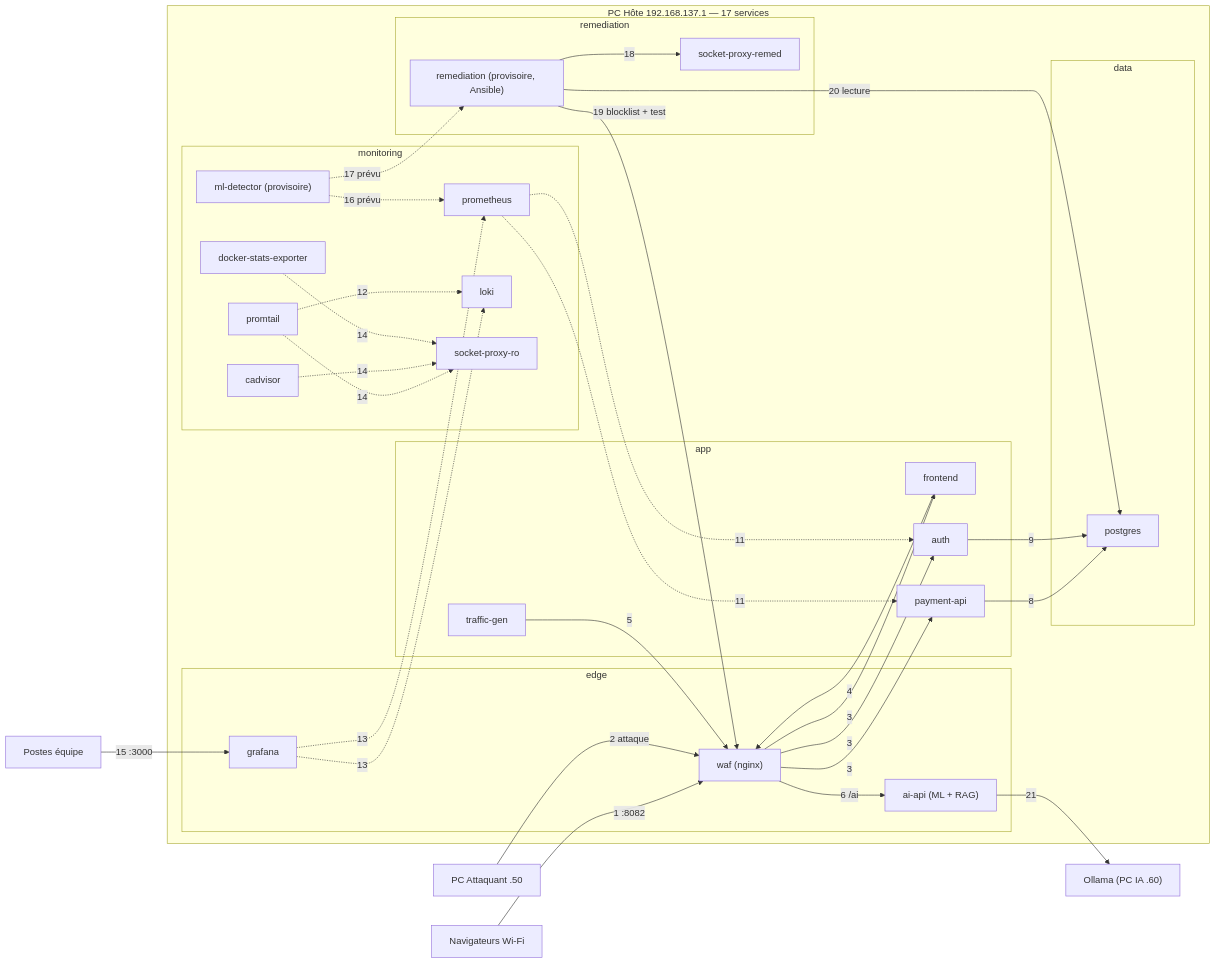
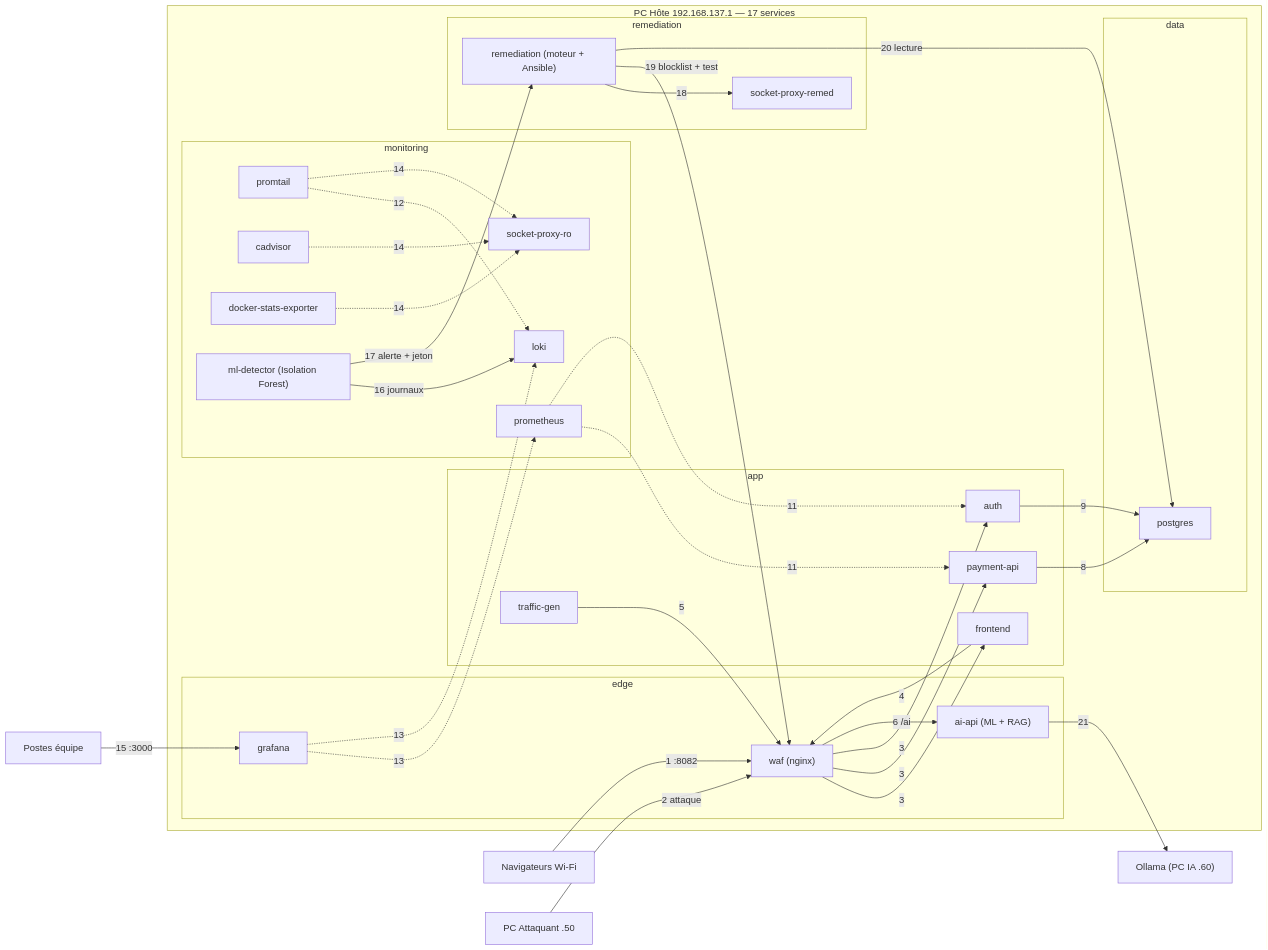
Before and after one commit to Origine0/CyberSecu-Workshop-2026-2027: the diagram in docs/gouvernance/architecture.md, drawn with Mermaid. The commit also changed other lines of this file and 4 other files, not shown here.

First line of the commit message:
docs(gouvernance): boucle de réparation automatique dans l'architecture et le dossier

````diff
--- a/docs/gouvernance/architecture.md
+++ b/docs/gouvernance/architecture.md
@@ -6,52 +6,52 @@
 ```mermaid
 flowchart LR
     NAV["Navigateurs Wi-Fi"] -->|"1 :8082"| WAF
     ATK["PC Attaquant .50"] -->|"2 attaque"| WAF
     EQ["Postes équipe"] -->|"15 :3000"| GRAF
     subgraph HOTE["PC Hôte 192.168.137.1 — 17 services"]
       subgraph edge
         WAF["waf (nginx)"]
         GRAF["grafana"]
         AI["ai-api (ML + RAG)"]
       end
       subgraph app
         FRONT["frontend"]
         PAY["payment-api"]
         AUTH["auth"]
         TG["traffic-gen"]
       end
       subgraph data
         PG["postgres"]
       end
       subgraph monitoring
         PROM["prometheus"]
         LOKI["loki"]
         PT["promtail"]
         CAD["cadvisor"]
         DSE["docker-stats-exporter"]
         SPRO["socket-proxy-ro"]
-        ML["ml-detector (provisoire)"]
+        ML["ml-detector (Isolation Forest)"]
       end
       subgraph remediation
-        REM["remediation (provisoire, Ansible)"]
+        REM["remediation (moteur + Ansible)"]
         SPRE["socket-proxy-remed"]
       end
     end
     OLL["Ollama (PC IA .60)"]
     WAF -->|"3"| FRONT & PAY & AUTH
     FRONT -->|"4"| WAF
     TG -->|"5"| WAF
     WAF -->|"6 /ai"| AI
     PAY -->|"8"| PG
     AUTH -->|"9"| PG
     PROM -.->|"11"| PAY & AUTH
     PT -.->|"12"| LOKI
     GRAF -.->|"13"| PROM & LOKI
     PT & CAD & DSE -.->|"14"| SPRO
-    ML -.->|"16 prévu"| PROM
-    ML -.->|"17 prévu"| REM
+    ML -->|"16 journaux"| LOKI
+    ML -->|"17 alerte + jeton"| REM
     REM -->|"18"| SPRE
     REM -->|"19 blocklist + test"| WAF
     REM -->|"20 lecture"| PG
     AI -->|"21"| OLL
 ```
````
